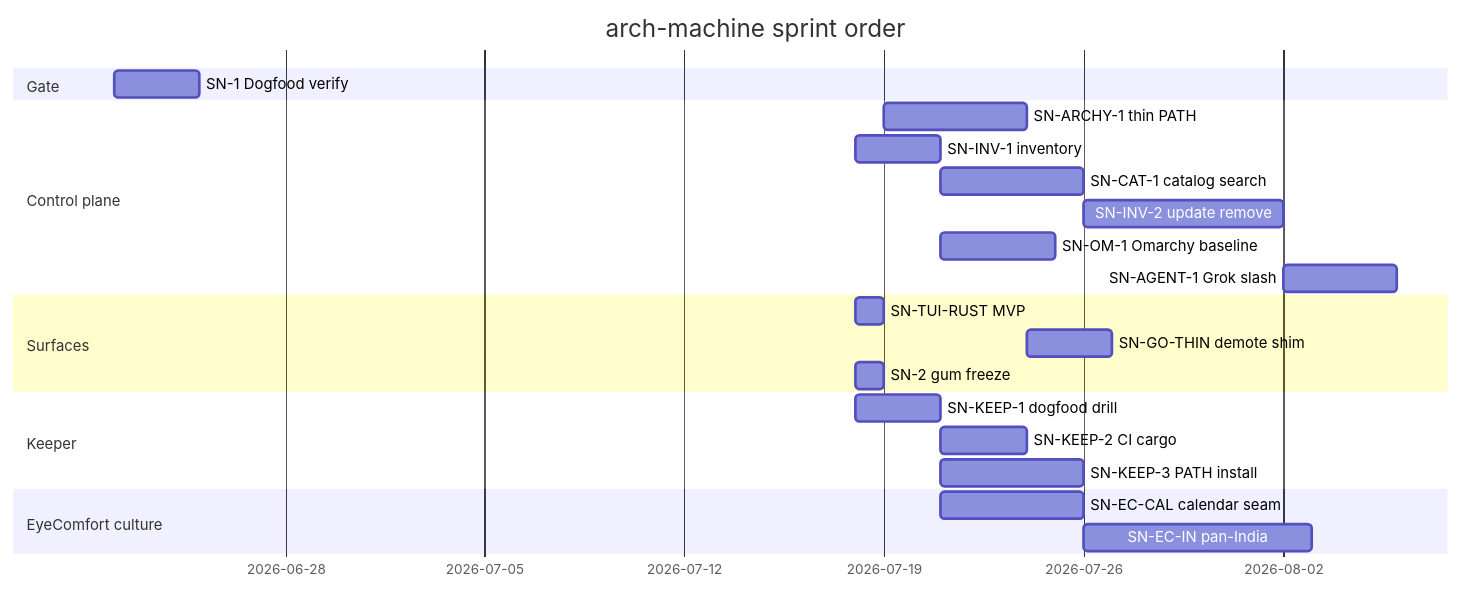
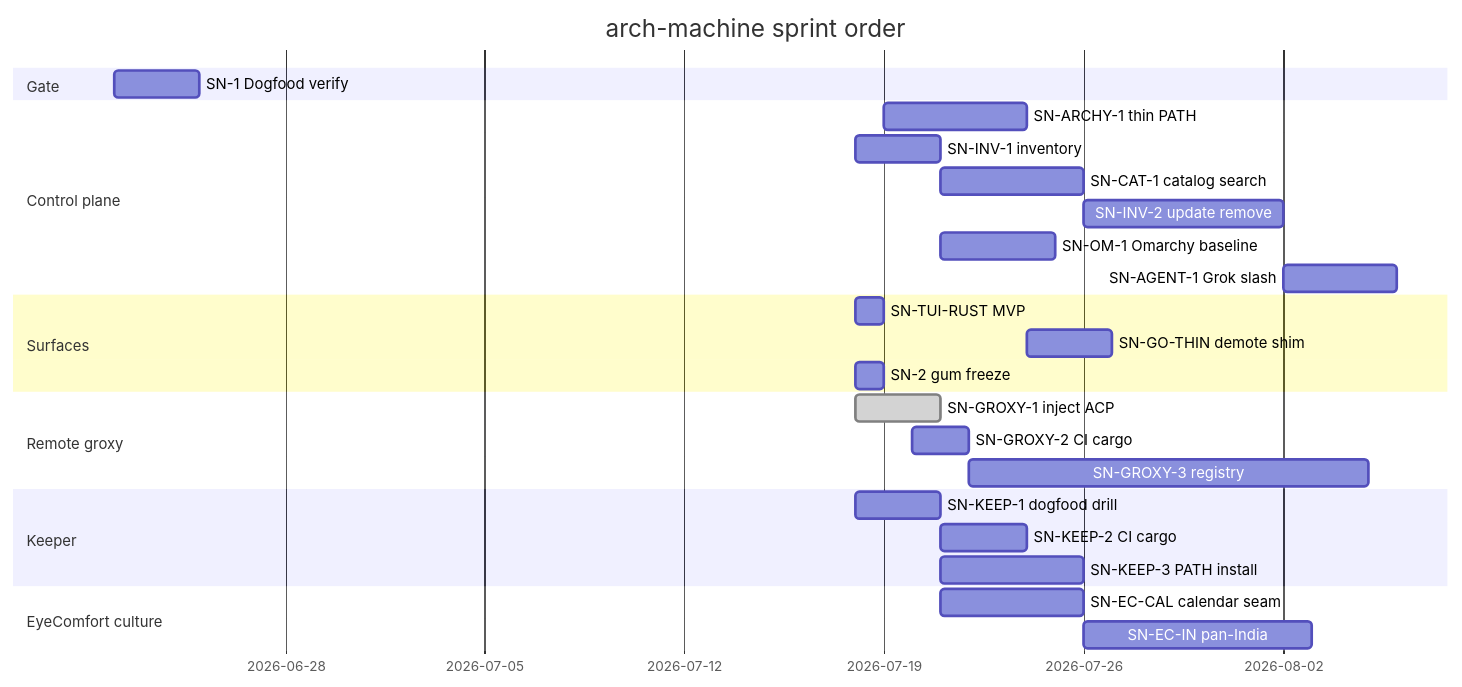
Before and after one commit to p10ns11y/arch-machine: diagram 11 of 11 in arch-design/coming-next.md, drawn with Mermaid. The commit also changed other lines of this file, not shown here.

First line of the commit message:
docs(roadmap): record SN-GROXY inject+ACP MVP and next cards

````diff
--- a/arch-design/coming-next.md
+++ b/arch-design/coming-next.md
@@ -418,25 +495,29 @@
 ```mermaid
 gantt
   title arch-machine sprint order
   dateFormat YYYY-MM-DD
   section Gate
   SN-1 Dogfood verify     :sn1, 2026-06-22, 3d
   section Control plane
   SN-ARCHY-1 thin PATH    :a1, 2026-07-19, 5d
   SN-INV-1 inventory      :inv1, 2026-07-18, 3d
   SN-CAT-1 catalog search :cat1, after inv1, 5d
   SN-INV-2 update remove  :inv2, after cat1, 7d
   SN-OM-1 Omarchy baseline:om1, after inv1, 4d
   SN-AGENT-1 Grok slash   :ag1, after inv2, 4d
   section Surfaces
   SN-TUI-RUST MVP         :rust, 2026-07-18, 1d
   SN-GO-THIN demote shim  :go, after a1, 3d
   SN-2 gum freeze         :sn2, 2026-07-18, 1d
+  section Remote groxy
+  SN-GROXY-1 inject ACP   :done, gx1, 2026-07-18, 3d
+  SN-GROXY-2 CI cargo     :gx2, 2026-07-20, 2d
+  SN-GROXY-3 registry     :gx3, after gx2, 14d
   section Keeper
   SN-KEEP-1 dogfood drill :k1, 2026-07-18, 3d
   SN-KEEP-2 CI cargo      :k2, after k1, 3d
   SN-KEEP-3 PATH install  :k3, after k1, 5d
   section EyeComfort culture
   SN-EC-CAL calendar seam :eccal, after inv1, 5d
   SN-EC-IN pan-India      :ecin, after eccal, 8d
 ```
````
